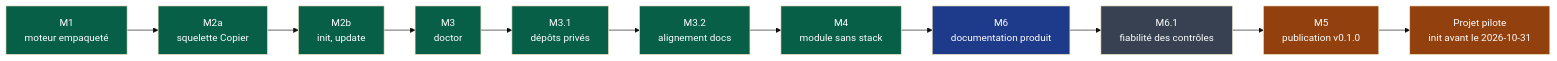
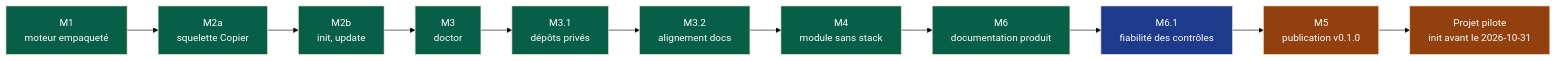
One commit to NapkinStack/engineering-os changed the diagram in docs/governance/plans/2026-09-15-moteur-v0.1.0.md. Above: the diagram before and after it, drawn with Mermaid (base theme). The commit also changed other lines of this file and 10 other files, not shown here.

First line of the commit message:
M6.1 — Fiabilité des contrôles hérités (#21)

````diff
--- a/docs/governance/plans/2026-09-15-moteur-v0.1.0.md
+++ b/docs/governance/plans/2026-09-15-moteur-v0.1.0.md
@@ -48,18 +48,18 @@
 ```mermaid
 flowchart LR
     M1["M1<br/>moteur empaqueté"]:::fait --> M2a["M2a<br/>squelette Copier"]:::fait
     M2a --> M2b["M2b<br/>init, update"]:::fait
     M2b --> M3["M3<br/>doctor"]:::fait
     M3 --> M31["M3.1<br/>dépôts privés"]:::fait
     M31 --> M32["M3.2<br/>alignement docs"]:::fait
     M32 --> M4["M4<br/>module sans stack"]:::fait
-    M4 --> M6["M6<br/>documentation produit"]:::encours
-    M6 --> M61["M6.1<br/>fiabilité des contrôles"]:::afaire
+    M4 --> M6["M6<br/>documentation produit"]:::fait
+    M6 --> M61["M6.1<br/>fiabilité des contrôles"]:::encours
     M61 --> M5["M5<br/>publication v0.1.0"]:::humain
     M5 --> PP["Projet pilote<br/>init avant le 2026-10-31"]:::humain
 
     classDef fait fill:#065f46,color:#fff
     classDef encours fill:#1e3a8a,color:#fff
     classDef afaire fill:#374151,color:#fff
     classDef humain fill:#92400e,color:#fff
 ```
````
